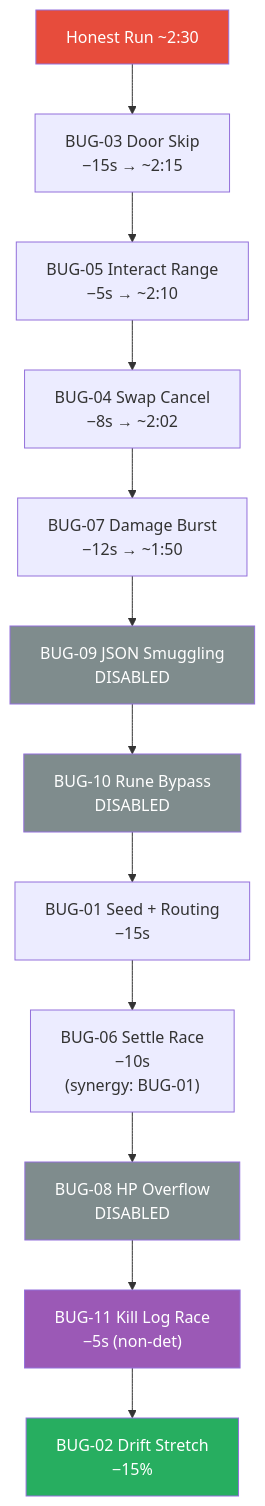
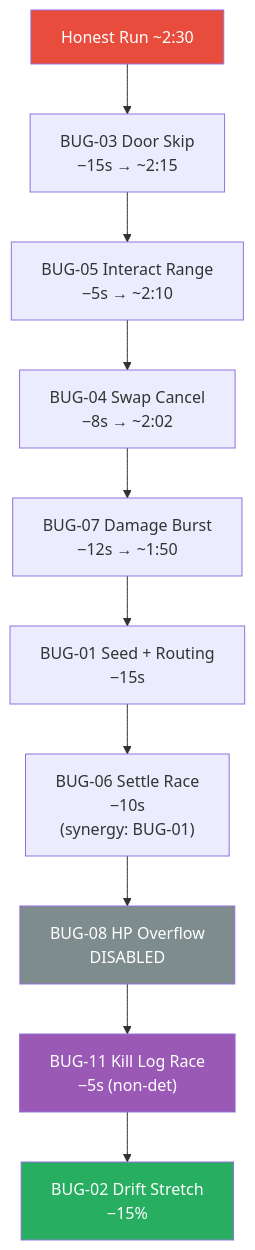
Before and after one commit to NUSGreyhats/dcsg-vibecat-404: the first of 2 diagrams in docs/specs/bugs.md, drawn with Mermaid. The commit also changed other lines of this file and 36 other files, not shown here.

````diff
--- a/docs/specs/bugs.md
+++ b/docs/specs/bugs.md
@@ -40,22 +39,18 @@
 ```mermaid
 graph TD
     HONEST["Honest Run ~2:30"] --> B03
     B03["BUG-03 Door Skip<br/>−15s → ~2:15"] --> B05
     B05["BUG-05 Interact Range<br/>−5s → ~2:10"] --> B04
     B04["BUG-04 Swap Cancel<br/>−8s → ~2:02"] --> B07
-    B07["BUG-07 Damage Burst<br/>−12s → ~1:50"] --> B09
-    B09["BUG-09 JSON Smuggling<br/>DISABLED"] --> B10
-    B10["BUG-10 Rune Bypass<br/>DISABLED"] --> B01
+    B07["BUG-07 Damage Burst<br/>−12s → ~1:50"] --> B01
     B01["BUG-01 Seed + Routing<br/>−15s"] --> B06
     B06["BUG-06 Settle Race<br/>−10s<br/>(synergy: BUG-01)"] --> B08
     B08["BUG-08 HP Overflow<br/>DISABLED"] --> B11
     B11["BUG-11 Kill Log Race<br/>−5s (non-det)"] --> B02
     B02["BUG-02 Drift Stretch<br/>−15%"]
 
     style HONEST fill:#e74c3c,color:#fff
     style B02 fill:#27ae60,color:#fff
     style B08 fill:#7f8c8d,color:#fff
-    style B09 fill:#7f8c8d,color:#fff
-    style B10 fill:#7f8c8d,color:#fff
     style B11 fill:#9b59b6,color:#fff
 ```
````
